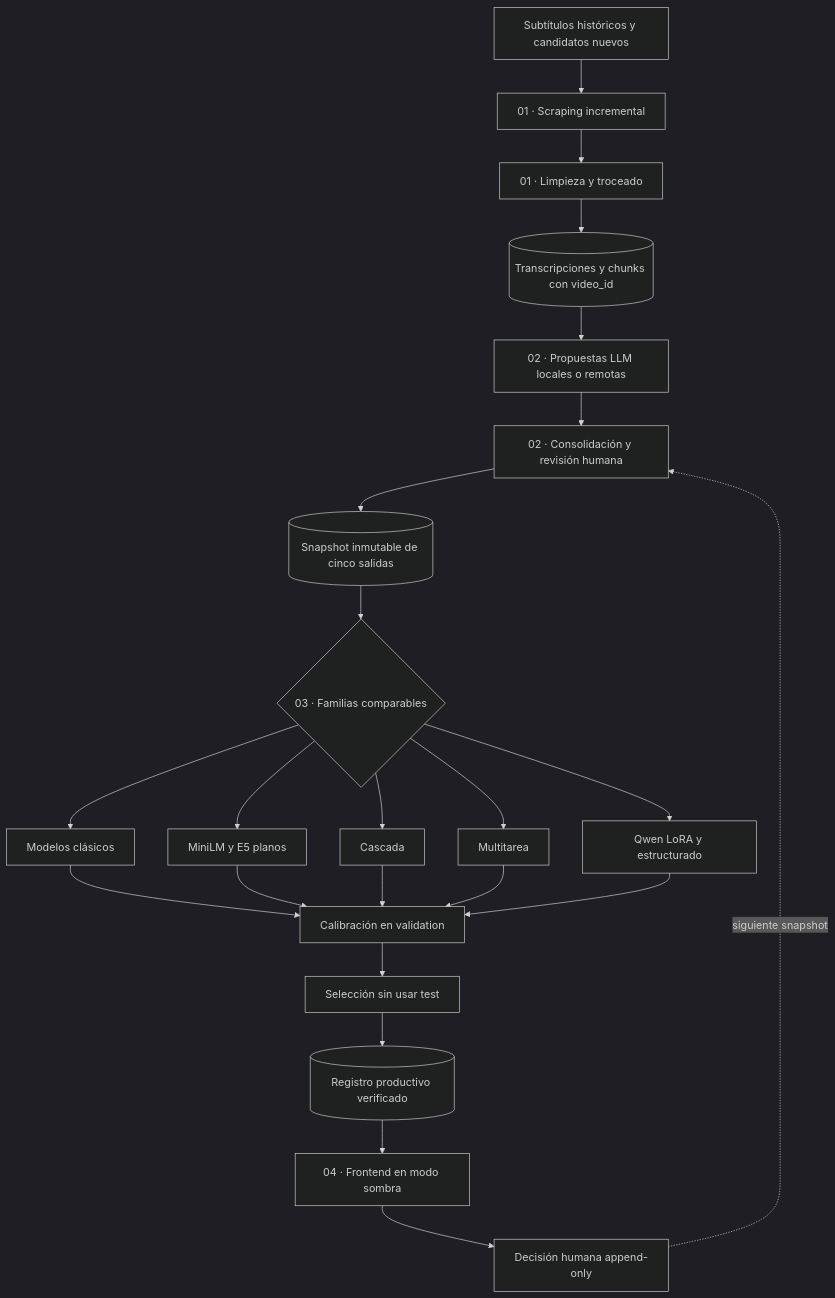
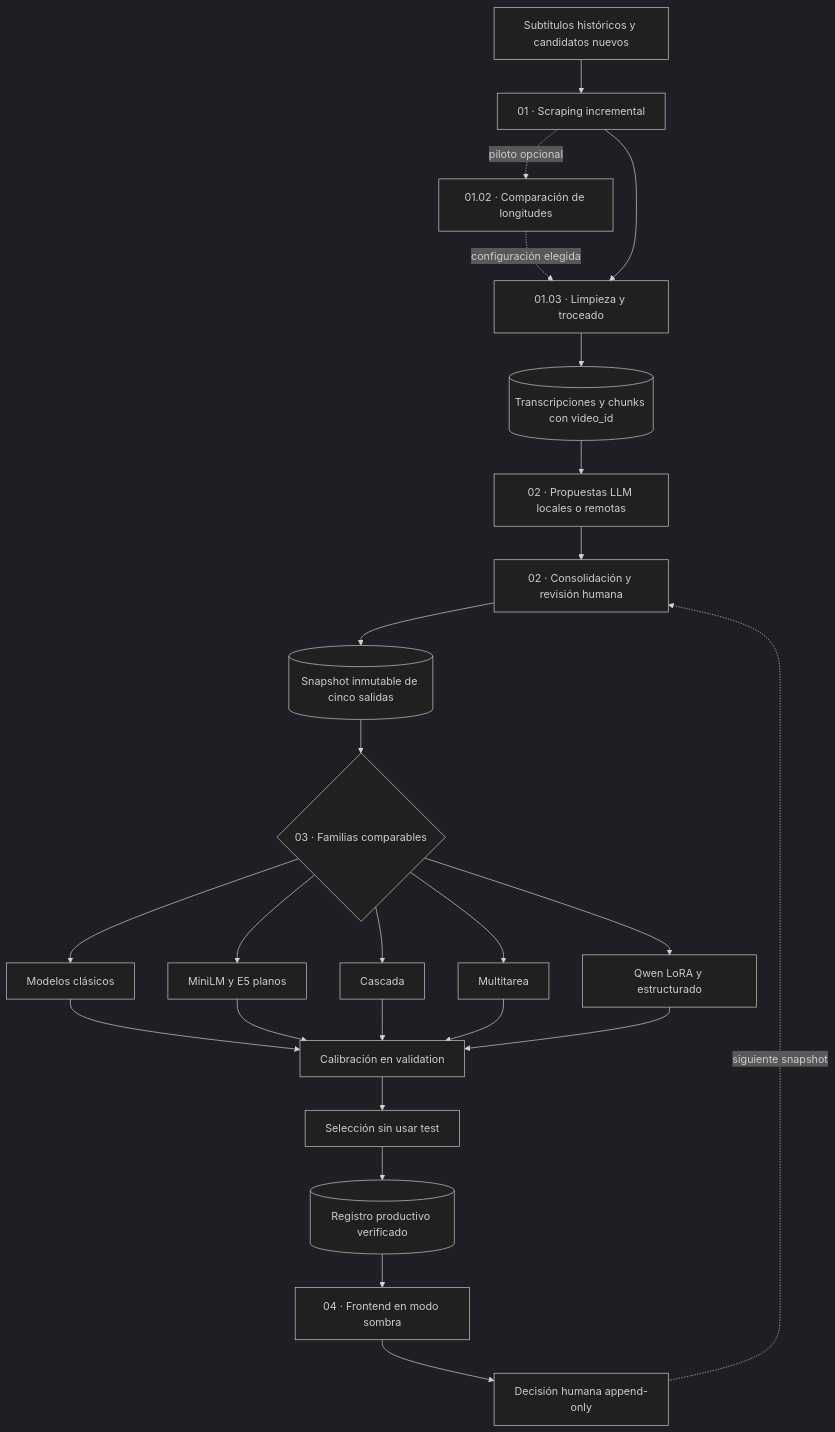
Before and after one commit to lkoc/Trabajo_PLN-MIA-Grupo4: the first of 2 diagrams in README.md, drawn with Mermaid (dark theme). The commit also changed other lines of this file and 25 other files, not shown here.

````diff
--- a/README.md
+++ b/README.md
@@ -21,25 +21,27 @@
 ```mermaid
 flowchart TD
     A[Subtítulos históricos y candidatos nuevos] --> B[01 · Scraping incremental]
-    B --> C[01 · Limpieza y troceado]
+    B -. piloto opcional .-> O[01.02 · Comparación de longitudes]
+    O -. configuración elegida .-> C[01.03 · Limpieza y troceado]
+    B --> C
     C --> D[(Transcripciones y chunks con video_id)]
     D --> E[02 · Propuestas LLM locales o remotas]
     E --> F[02 · Consolidación y revisión humana]
     F --> G[(Snapshot inmutable de cinco salidas)]
     G --> H{03 · Familias comparables}
     H --> H1[Modelos clásicos]
     H --> H2[MiniLM y E5 planos]
     H --> H3[Cascada]
     H --> H4[Multitarea]
     H --> H5[Qwen LoRA y estructurado]
     H1 --> I[Calibración en validation]
     H2 --> I
     H3 --> I
     H4 --> I
     H5 --> I
     I --> J[Selección sin usar test]
     J --> K[(Registro productivo verificado)]
     K --> L[04 · Frontend en modo sombra]
     L --> M[Decisión humana append-only]
     M -. siguiente snapshot .-> F
 ```
````
